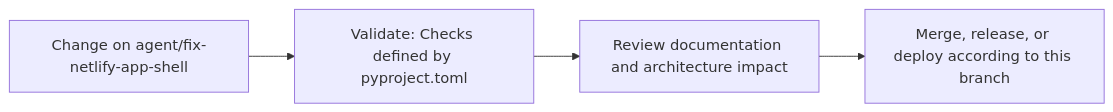
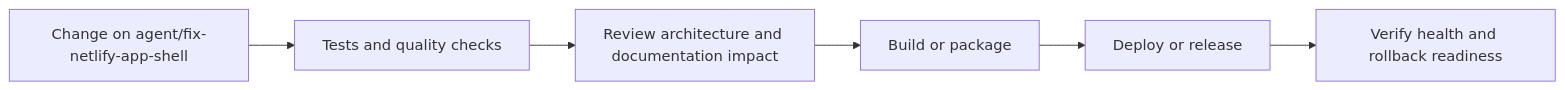
The seventh of 8 diagrams in README.md (Nischhalsubba/HajiriFlow), drawn with Mermaid before and after one commit. The commit also changed other lines of this file, not shown here.

````diff
--- a/README.md
+++ b/README.md
@@ -67,8 +193,8 @@
 ```mermaid
 flowchart LR
-    CHANGE["Change on agent/fix-netlify-app-shell"]
-    CHECK["Validate: Checks defined by pyproject.toml"]
-    REVIEW["Review documentation and architecture impact"]
-    RELEASE["Merge, release, or deploy according to this branch"]
-    CHANGE --> CHECK --> REVIEW --> RELEASE
+    CHANGE["Change on agent/fix-netlify-app-shell"] --> CHECK["Tests and quality checks"]
+    CHECK --> REVIEW["Review architecture and documentation impact"]
+    REVIEW --> BUILD["Build or package"]
+    BUILD --> DEPLOY["Deploy or release"]
+    DEPLOY --> VERIFY["Verify health and rollback readiness"]
 ```
````
